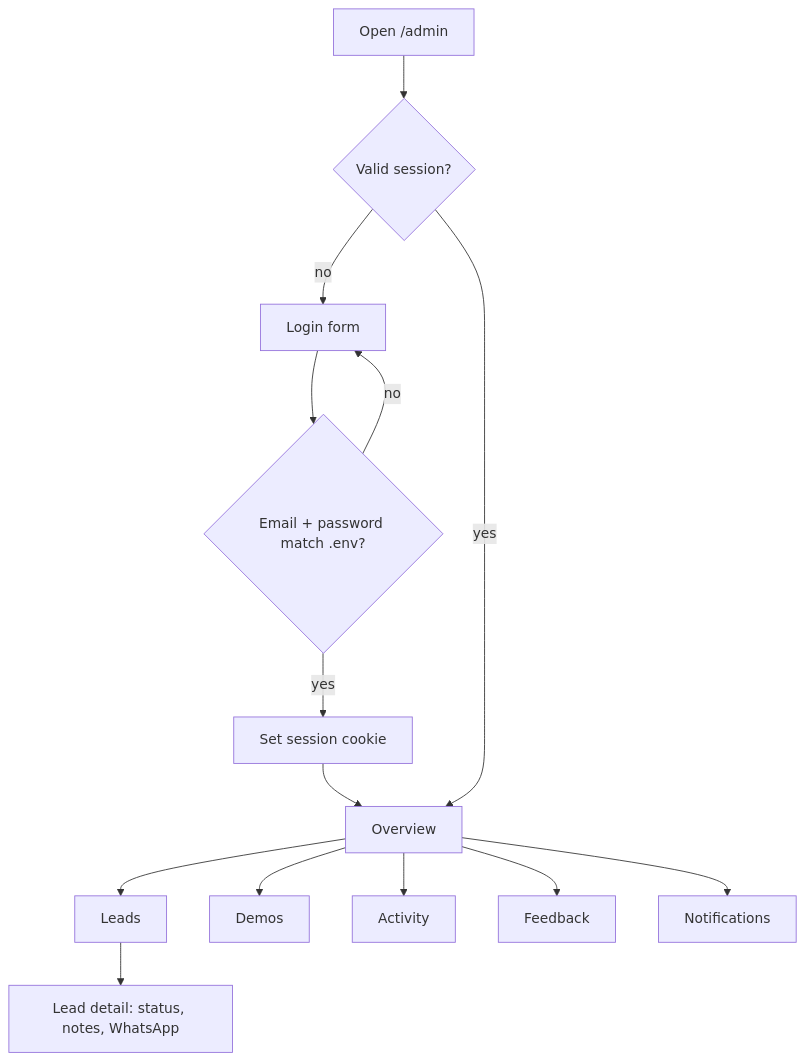
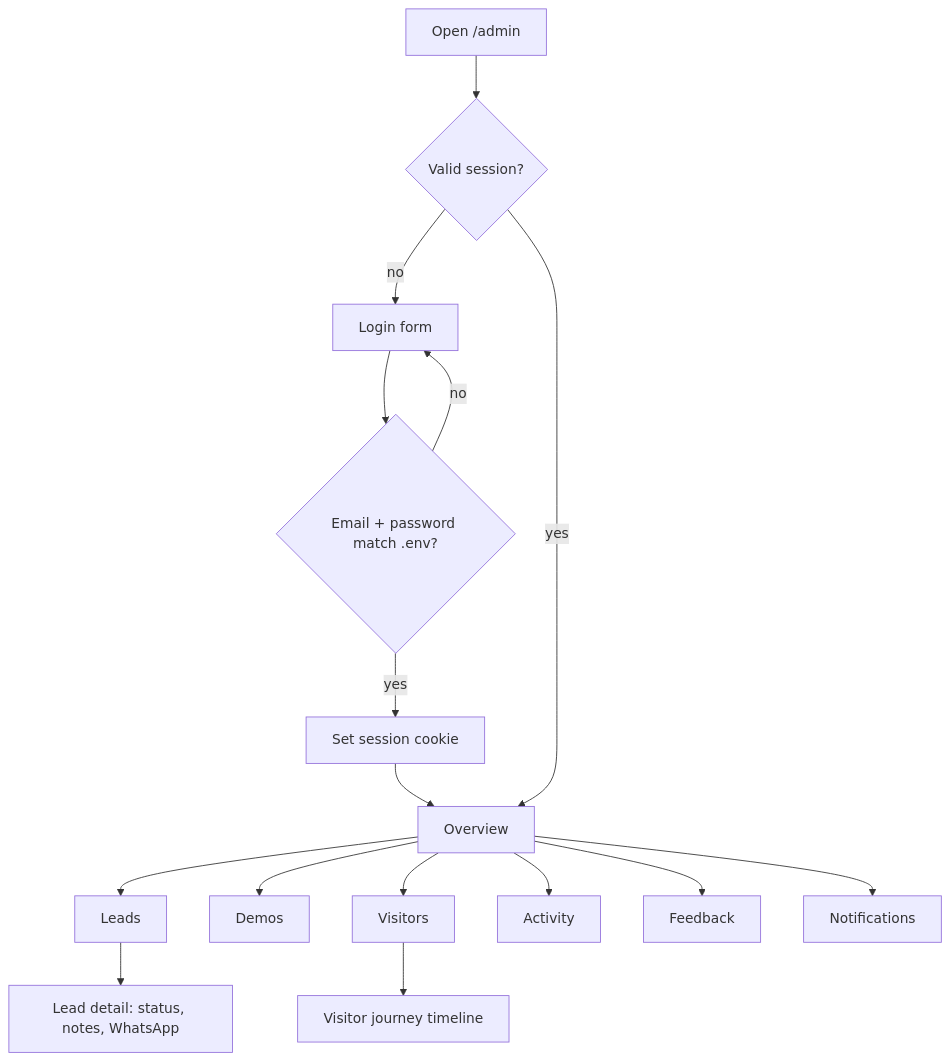
One commit to AhmedElnagarUU/Demmoss changed the diagram in docs/features/admin.md. Above: the diagram before and after it, drawn with Mermaid. The commit also changed other lines of this file and 20 other files, not shown here.

````diff
--- a/docs/features/admin.md
+++ b/docs/features/admin.md
@@ -30,16 +43,18 @@
 ```mermaid
 flowchart TD
   O[Open /admin] --> S{Valid session?}
   S -->|no| L[Login form]
   L --> C{Email + password match .env?}
   C -->|no| L
   C -->|yes| SET[Set session cookie]
   SET --> OV[Overview]
   S -->|yes| OV
   OV --> LE[Leads]
   OV --> DE[Demos]
+  OV --> VI[Visitors]
+  VI --> VJ[Visitor journey timeline]
   OV --> AC[Activity]
   OV --> FB[Feedback]
   OV --> NO[Notifications]
   LE --> LD[Lead detail: status, notes, WhatsApp]
 ```
````
